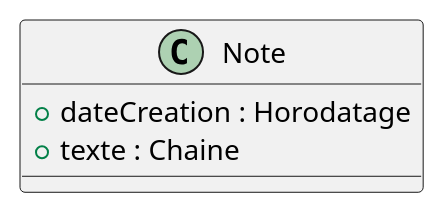
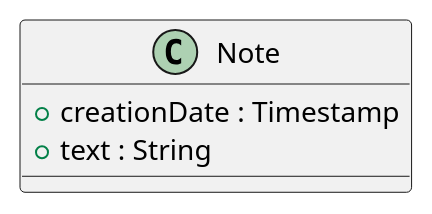
Before and after one commit to beerfactory/brewbox-uml: the diagram in src/class/include/note.iuml, drawn with PlantUML. The commit also changed 13 other files, not shown here.

```diff
--- a/src/class/include/note.iuml
+++ b/src/class/include/note.iuml
@@ -1,4 +1,4 @@
 Class Note {
-    + dateCreation : Horodatage
-    + texte : Chaine
+    + creationDate : Timestamp
+    + text : String
 }
```
